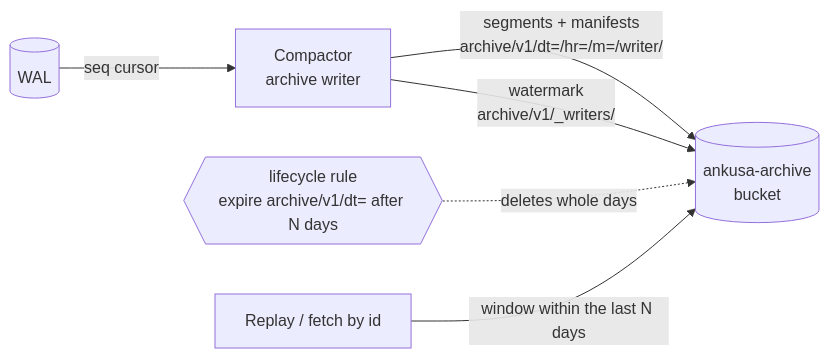
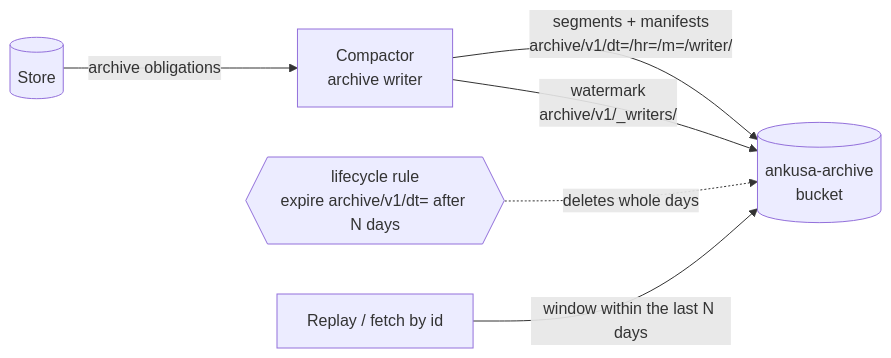
The third of 6 diagrams in docs/architecture.md (jamescarr/ankusa), drawn with Mermaid before and after one commit. The commit also changed other lines of this file and 129 other files, not shown here.

Commit message:
feat(store)!: one RocksDB store replaces the WAL, DLQ and state files (#54)

````diff
--- a/docs/architecture.md
+++ b/docs/architecture.md
@@ -172,8 +182,8 @@
 ```mermaid
 flowchart LR
-    W[(WAL)] -->|seq cursor| C[Compactor\narchive writer]
+    S[(Store)] -->|archive obligations| C[Compactor\narchive writer]
     C -->|"segments + manifests\narchive/v1/dt=/hr=/m=/writer/"| A[("ankusa-archive\nbucket")]
     C -->|"watermark\narchive/v1/_writers/"| A
     LC{{"lifecycle rule\nexpire archive/v1/dt= after N days"}} -.->|deletes whole days| A
     R[Replay / fetch by id] -->|"window within the last N days"| A
 ```
````
